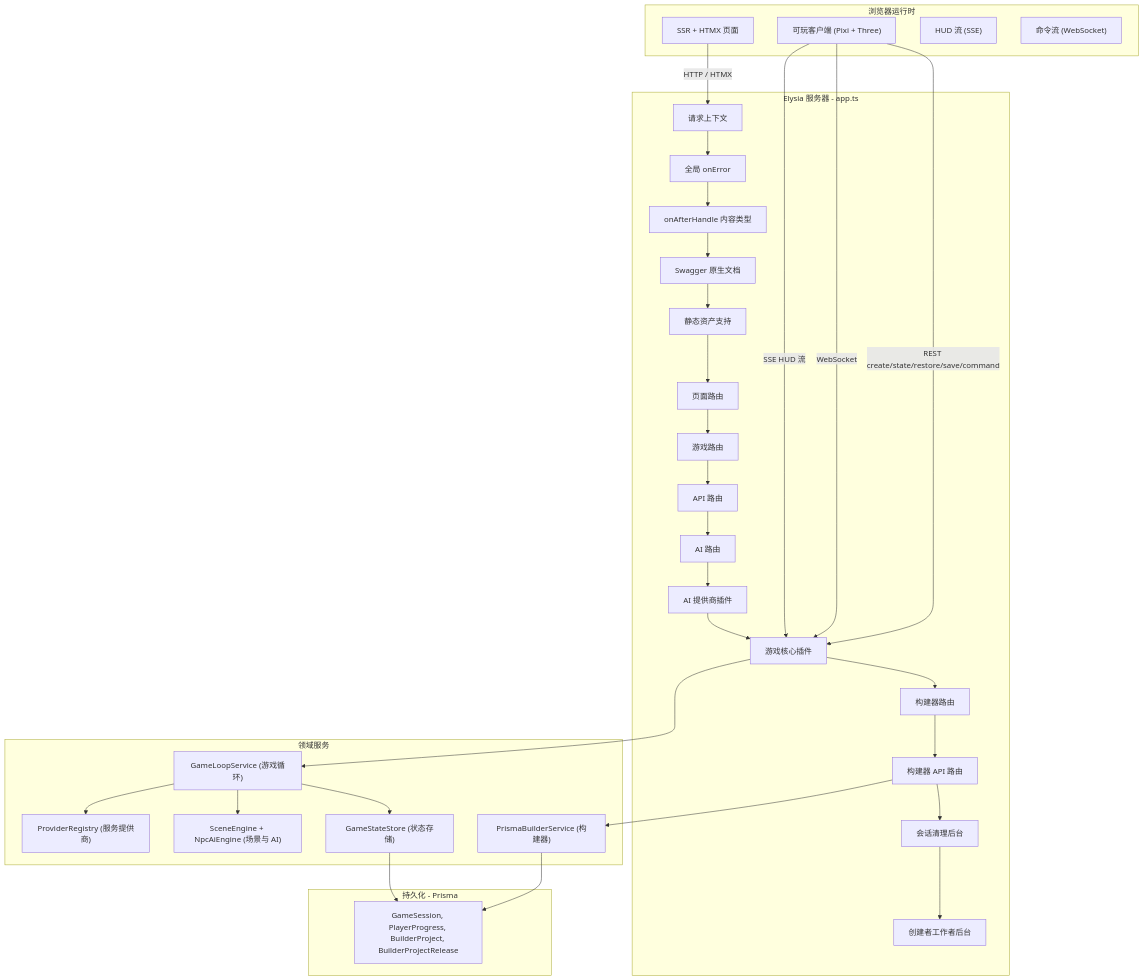
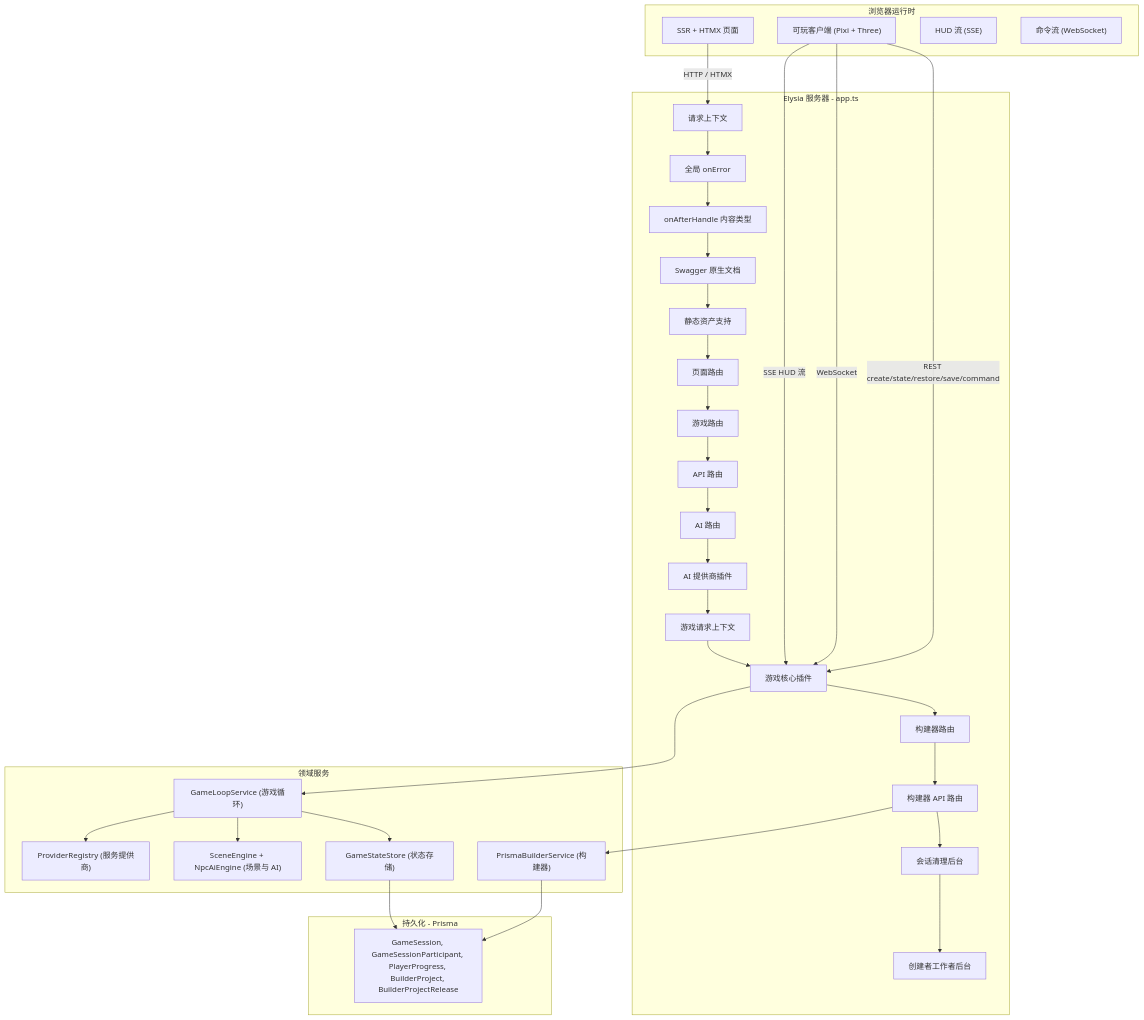
The eighth of 13 diagrams in README.md (d4551/tea), drawn with Mermaid before and after one commit. The commit also changed other lines of this file and 11 other files, not shown here.

Commit message:
Add multiplayer presence and sync architecture docs

````diff
--- a/README.md
+++ b/README.md
@@ -664,52 +691,53 @@
 ```mermaid
 graph TB
   subgraph Browser["浏览器运行时"]
     SSR["SSR + HTMX 页面"]
     CLIENT["可玩客户端 (Pixi + Three)"]
     SSEHUD["HUD 流 (SSE)"]
     WS["命令流 (WebSocket)"]
   end
 
   subgraph Elysia["Elysia 服务器 - app.ts"]
     RC["请求上下文"]
     EH["全局 onError"]
     CT["onAfterHandle 内容类型"]
     SW["Swagger 原生文档"]
     SA["静态资产支持"]
     PR["页面路由"]
     GR["游戏路由"]
     AR["API 路由"]
     AIR["AI 路由"]
     AIP["AI 提供商插件"]
+    GRC["游戏请求上下文"]
     GP["游戏核心插件"]
     BR["构建器路由"]
     BA["构建器 API 路由"]
     SP["会话清理后台"]
     CW["创建者工作者后台"]
   end
 
   subgraph Domain["领域服务"]
     LOOP["GameLoopService (游戏循环)"]
     STORE["GameStateStore (状态存储)"]
     SCENE["SceneEngine + NpcAiEngine (场景与 AI)"]
     BUILDER["PrismaBuilderService (构建器)"]
     AI["ProviderRegistry (服务提供商)"]
   end
 
   subgraph Storage["持久化 - Prisma"]
-    DB["GameSession, PlayerProgress, BuilderProject, BuilderProjectRelease"]
+    DB["GameSession, GameSessionParticipant, PlayerProgress, BuilderProject, BuilderProjectRelease"]
   end
 
   SSR -->|HTTP / HTMX| RC
   CLIENT -->|REST create/state/restore/save/command| GP
   CLIENT -->|WebSocket| GP
   CLIENT -->|SSE HUD 流| GP
-  RC --> EH --> CT --> SW --> SA --> PR --> GR --> AR --> AIR --> AIP --> GP --> BR --> BA --> SP --> CW
+  RC --> EH --> CT --> SW --> SA --> PR --> GR --> AR --> AIR --> AIP --> GRC --> GP --> BR --> BA --> SP --> CW
   GP --> LOOP
   LOOP --> STORE
   LOOP --> SCENE
   LOOP --> AI
   STORE --> DB
   BA --> BUILDER
   BUILDER --> DB
 ```
````
